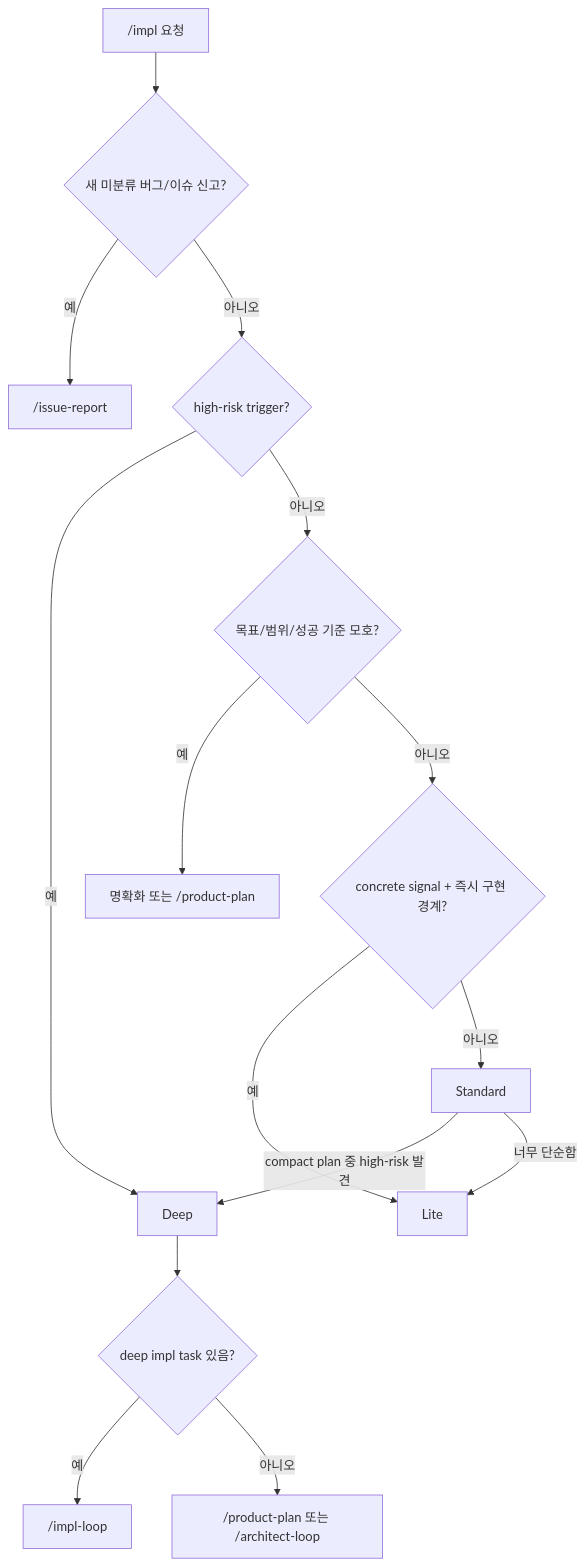
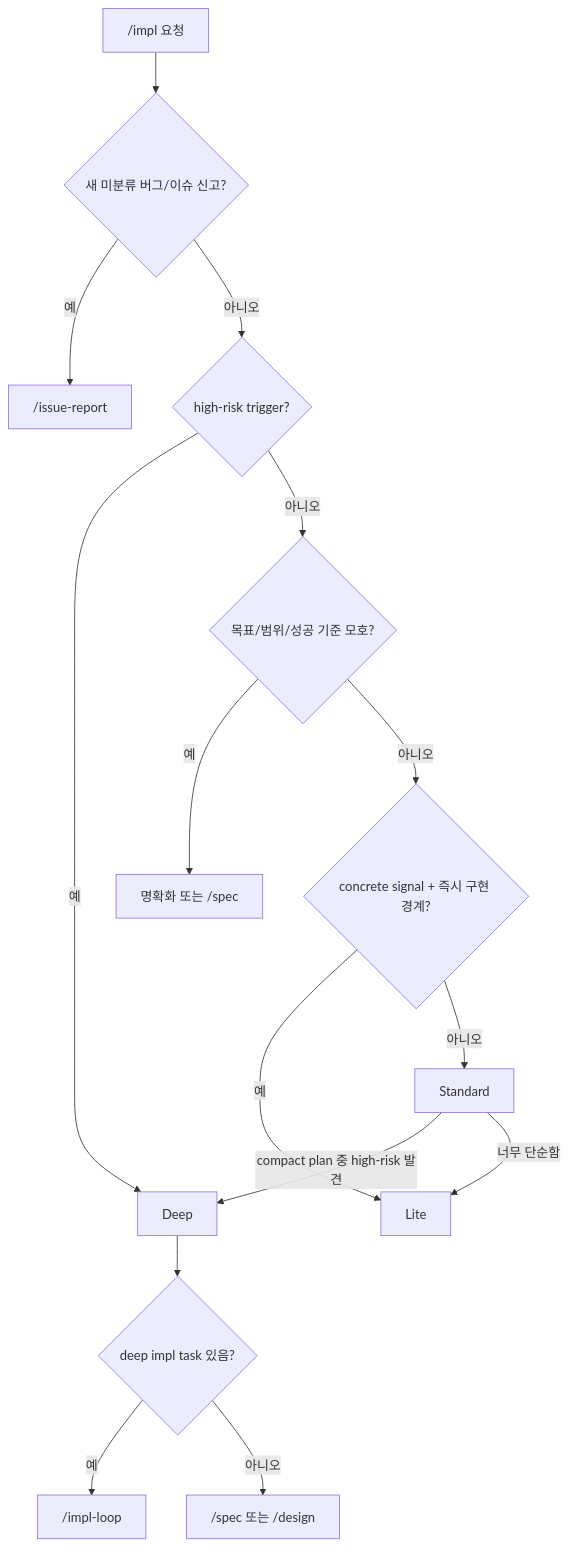
Before and after one commit to alruminum/dcNess: the diagram in skills/impl/impl-routing.md, drawn with Mermaid. The commit also changed other lines of this file and 15 other files, not shown here.

````diff
--- a/skills/impl/impl-routing.md
+++ b/skills/impl/impl-routing.md
@@ -12,17 +12,17 @@
 ```mermaid
 flowchart TB
   REQ["/impl 요청"] --> BUG{"새 미분류 버그/이슈 신고?"}
   BUG -->|예| IR["/issue-report"]
   BUG -->|아니오| HR{"high-risk trigger?"}
   HR -->|예| DP["Deep"]
   HR -->|아니오| AM{"목표/범위/성공 기준 모호?"}
-  AM -->|예| CL["명확화 또는 /product-plan"]
+  AM -->|예| CL["명확화 또는 /spec"]
   AM -->|아니오| CS{"concrete signal + 즉시 구현 경계?"}
   CS -->|예| LT["Lite"]
   CS -->|아니오| ST["Standard"]
   ST -->|compact plan 중 high-risk 발견| DP
   ST -->|너무 단순함| LT
   DP --> DPT{"deep impl task 있음?"}
   DPT -->|예| IL["/impl-loop <task>"]
-  DPT -->|아니오| PLAN["/product-plan 또는 /architect-loop"]
+  DPT -->|아니오| PLAN["/spec 또는 /design"]
 ```
````
